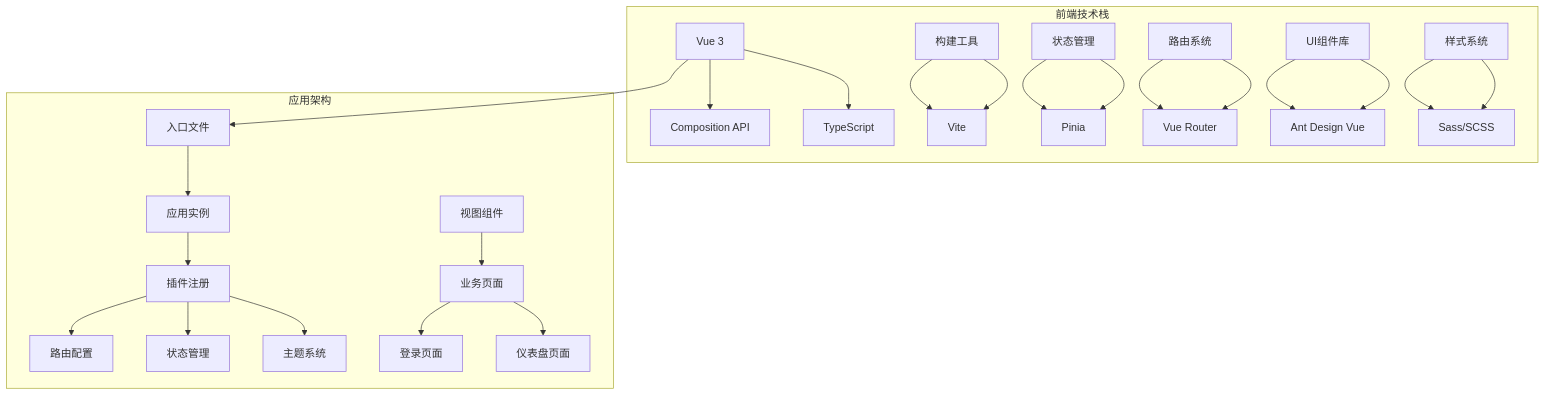
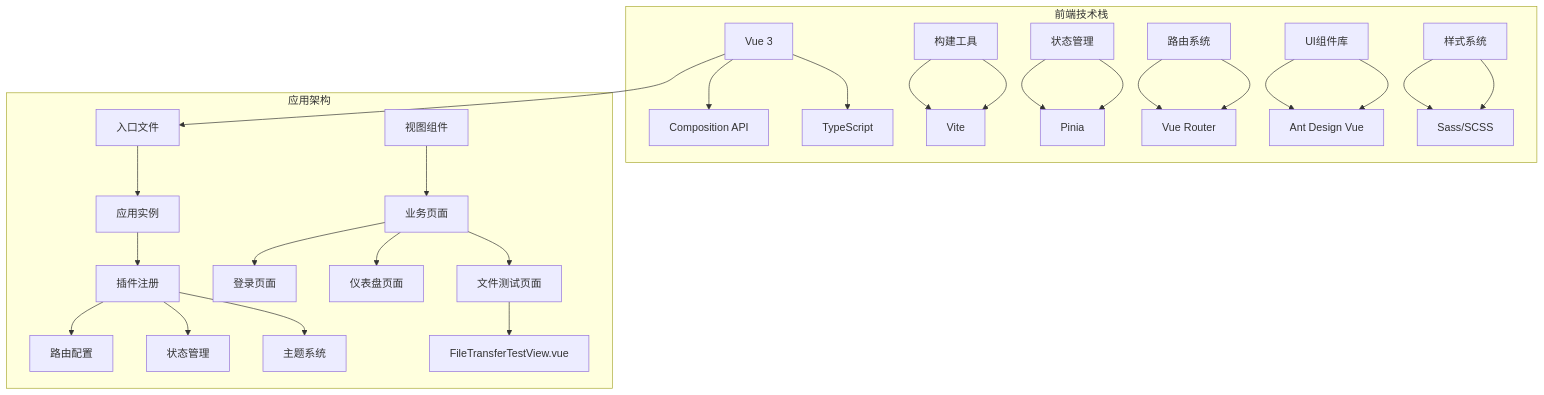
Before and after one commit to ATOMLubover/poprako: the fourth of 14 diagrams in .qoder/repowiki/zh/content/前端应用架构/Vue 应用结构.md, drawn with Mermaid. The commit also changed other lines of this file and 5 other files, not shown here.

````diff
--- a/.qoder/repowiki/zh/content/前端应用架构/Vue 应用结构.md
+++ b/.qoder/repowiki/zh/content/前端应用架构/Vue 应用结构.md
@@ -184,28 +195,30 @@
 ```mermaid
 graph TB
 subgraph "前端技术栈"
 A[Vue 3] --> B[Composition API]
 A --> C[TypeScript]
 D[构建工具] --> E[Vite]
 F[状态管理] --> G[Pinia]
 H[路由系统] --> I[Vue Router]
 J[UI组件库] --> K[Ant Design Vue]
 L[样式系统] --> M[Sass/SCSS]
 end
 subgraph "应用架构"
 N[入口文件] --> O[应用实例]
 O --> P[插件注册]
 P --> Q[路由配置]
 P --> R[状态管理]
 P --> S[主题系统]
 T[视图组件] --> U[业务页面]
 U --> V[登录页面]
 U --> W[仪表盘页面]
+U --> X[文件测试页面]
+X --> Y[FileTransferTestView.vue]
 end
 A --> N
 D --> E
 F --> G
 H --> I
 J --> K
 L --> M
 ```
````
